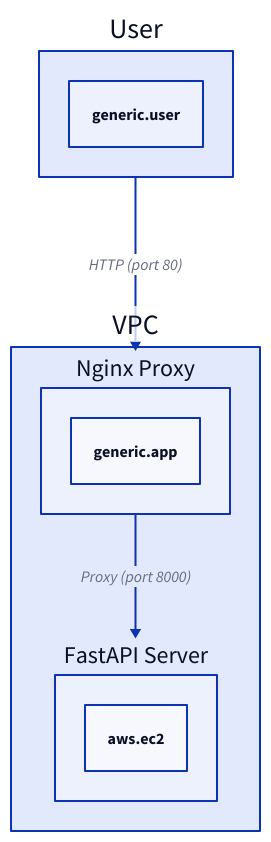
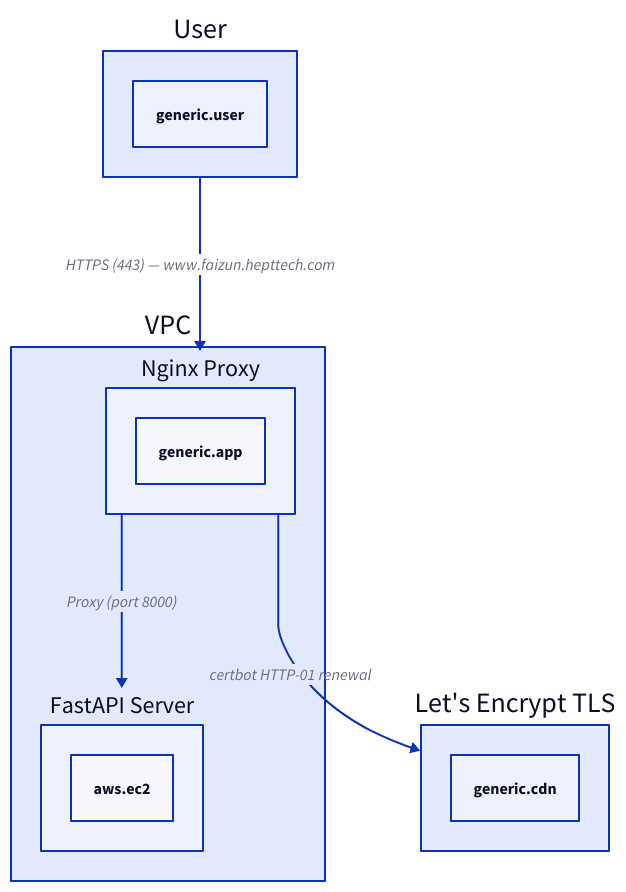
The diagram in .udap/architecture.d2 (faizunRBAI/pythonnurr), drawn with D2 before and after one commit. The commit also changed 3 other files, not shown here.

Commit message:
feat: add custom domain www.faizun.hepttech.com with Let's Encrypt HTTPS (UDAP Build change)

```diff
--- a/.udap/architecture.d2
+++ b/.udap/architecture.d2
@@ -1,10 +1,12 @@
 # udap:meta cloud=aws region=us-east-1 target=ec2
 
 user: User { udap-type: generic.user }
+cdn: Let's Encrypt TLS { udap-type: generic.cdn }
 vpc: VPC {
   web: FastAPI Server { udap-type: aws.ec2 }
   nginx: Nginx Proxy { udap-type: generic.app }
 }
 
-user -> vpc.nginx: HTTP (port 80)
+user -> vpc.nginx: HTTPS (443) — www.faizun.hepttech.com
 vpc.nginx -> vpc.web: Proxy (port 8000)
+vpc.nginx -> cdn: certbot HTTP-01 renewal
```
